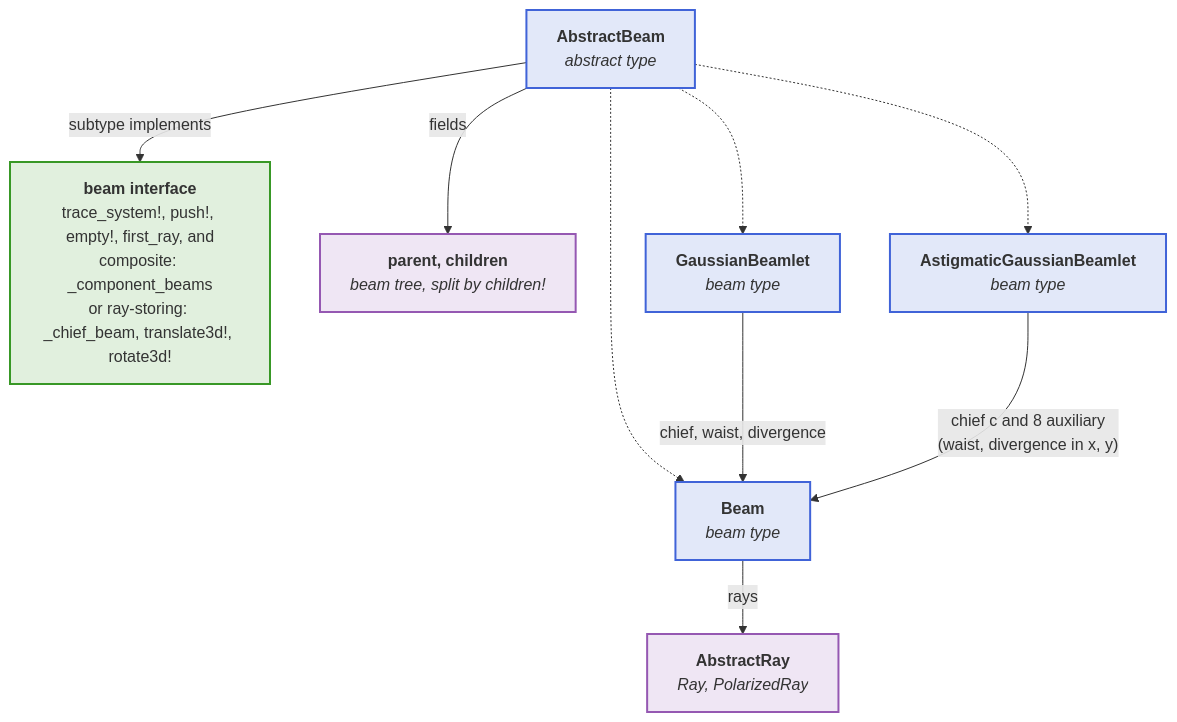
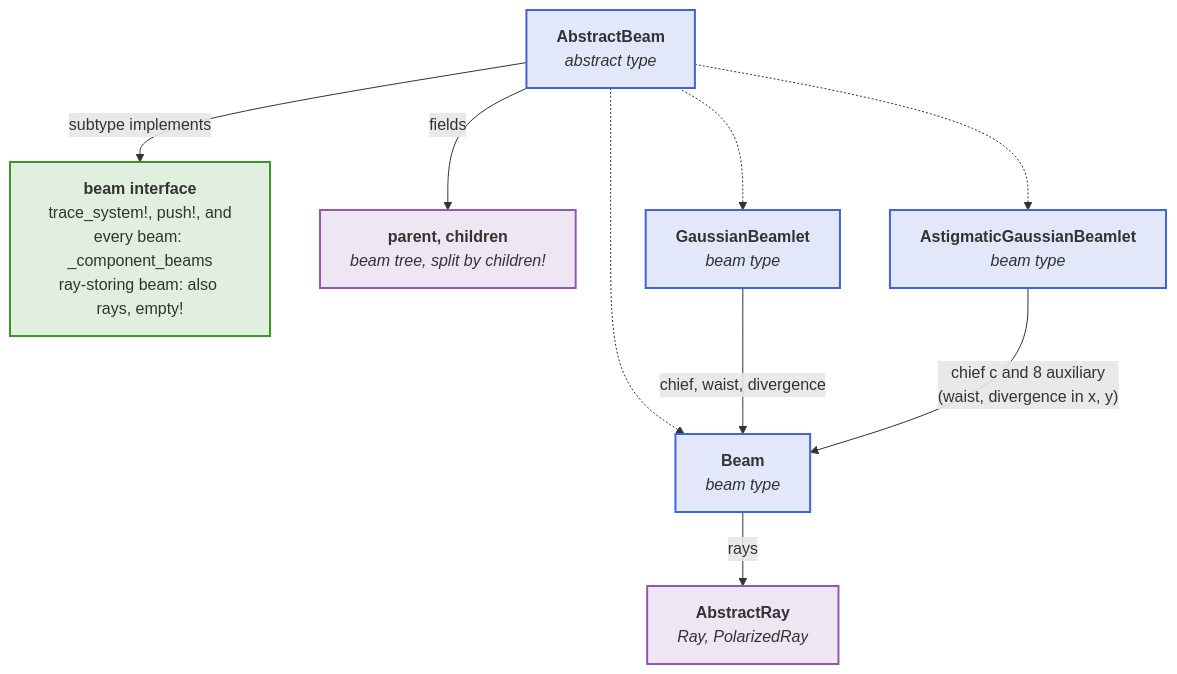
One commit to JuliaPhysics/BeamletOptics.jl changed the first of 2 diagrams in docs/src/basics/beams/overview.md. Above: the diagram before and after it, drawn with Mermaid. The commit also changed 22 other files, not shown here.

````diff
--- a/docs/src/basics/beams/overview.md
+++ b/docs/src/basics/beams/overview.md
@@ -32,26 +32,26 @@
 ```mermaid
 flowchart TB
     ABS["<b>AbstractBeam</b><br/><i>abstract type</i>"]
-    IF["<b>beam interface</b><br/>trace_system!, push!, empty!, first_ray, and<br/>composite: _component_beams<br/>or ray-storing: _chief_beam, translate3d!, rotate3d!"]
+    IF["<b>beam interface</b><br/>trace_system!, push!, and<br/>every beam: _component_beams<br/>ray-storing beam: also rays, empty!"]
     TREE["<b>parent, children</b><br/><i>beam tree, split by children!</i>"]
     BM["<b>Beam</b><br/><i>beam type</i>"]
     GB["<b>GaussianBeamlet</b><br/><i>beam type</i>"]
     AGB["<b>AstigmaticGaussianBeamlet</b><br/><i>beam type</i>"]
     RAY["<b>AbstractRay</b><br/><i>Ray, PolarizedRay</i>"]
 
     ABS -- "subtype implements" --> IF
     ABS -- fields --> TREE
     ABS -.-> BM
     ABS -.-> GB
     ABS -.-> AGB
     GB -- "chief, waist, divergence" --> BM
     AGB -- "chief c and 8 auxiliary<br/>(waist, divergence in x, y)" --> BM
     BM -- rays --> RAY
 
     classDef blue fill:#4063D826,stroke:#4063D8,stroke-width:2px
     classDef green fill:#38982626,stroke:#389826,stroke-width:2px
     classDef purple fill:#9558B226,stroke:#9558B2,stroke-width:2px
     class ABS,BM,GB,AGB blue
     class IF green
     class TREE,RAY purple
 ```
````
